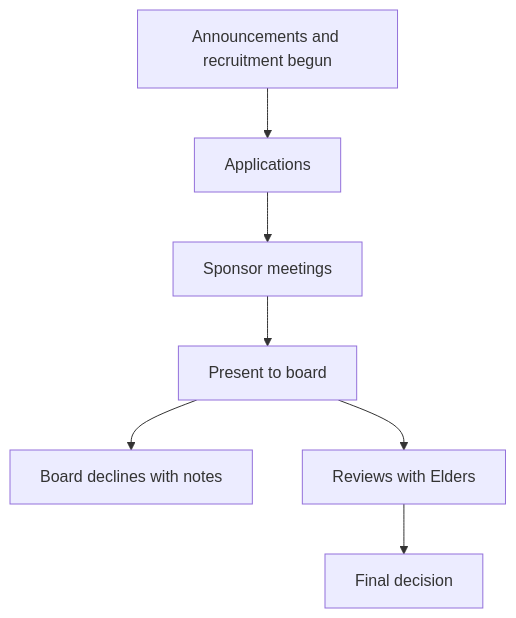
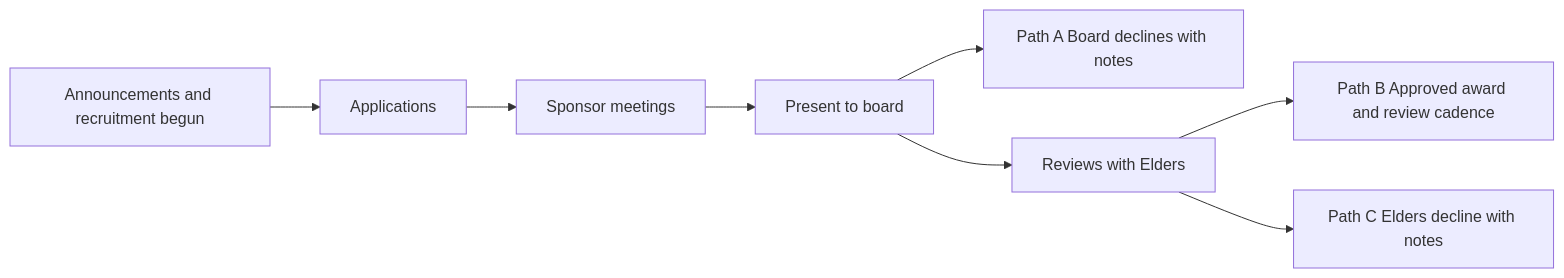
Before and after one commit to north-consulting-services/SBC: the diagram in notes/process-ceremony-overview.md, drawn with Mermaid. The commit also changed other lines of this file and 3 other files, not shown here.

````diff
--- a/notes/process-ceremony-overview.md
+++ b/notes/process-ceremony-overview.md
@@ -28,14 +30,17 @@
 ```mermaid
-flowchart TD
+flowchart LR
   pre[Announcements and recruitment begun]
   apps[Applications]
   sponsor[Sponsor meetings]
   present[Present to board]
-  decline[Board declines with notes]
+  pathA[Path A Board declines with notes]
   elders[Reviews with Elders]
-  final[Final decision]
+  pathB[Path B Approved award and review cadence]
+  pathC[Path C Elders decline with notes]
 
   pre --> apps --> sponsor --> present
-  present --> decline
-  present --> elders --> final
+  present --> pathA
+  present --> elders
+  elders --> pathB
+  elders --> pathC
 ```
````
